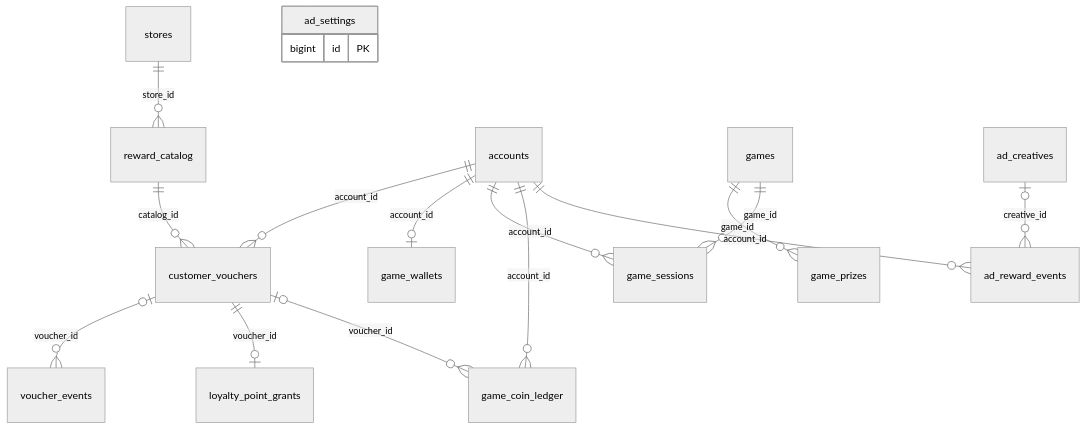
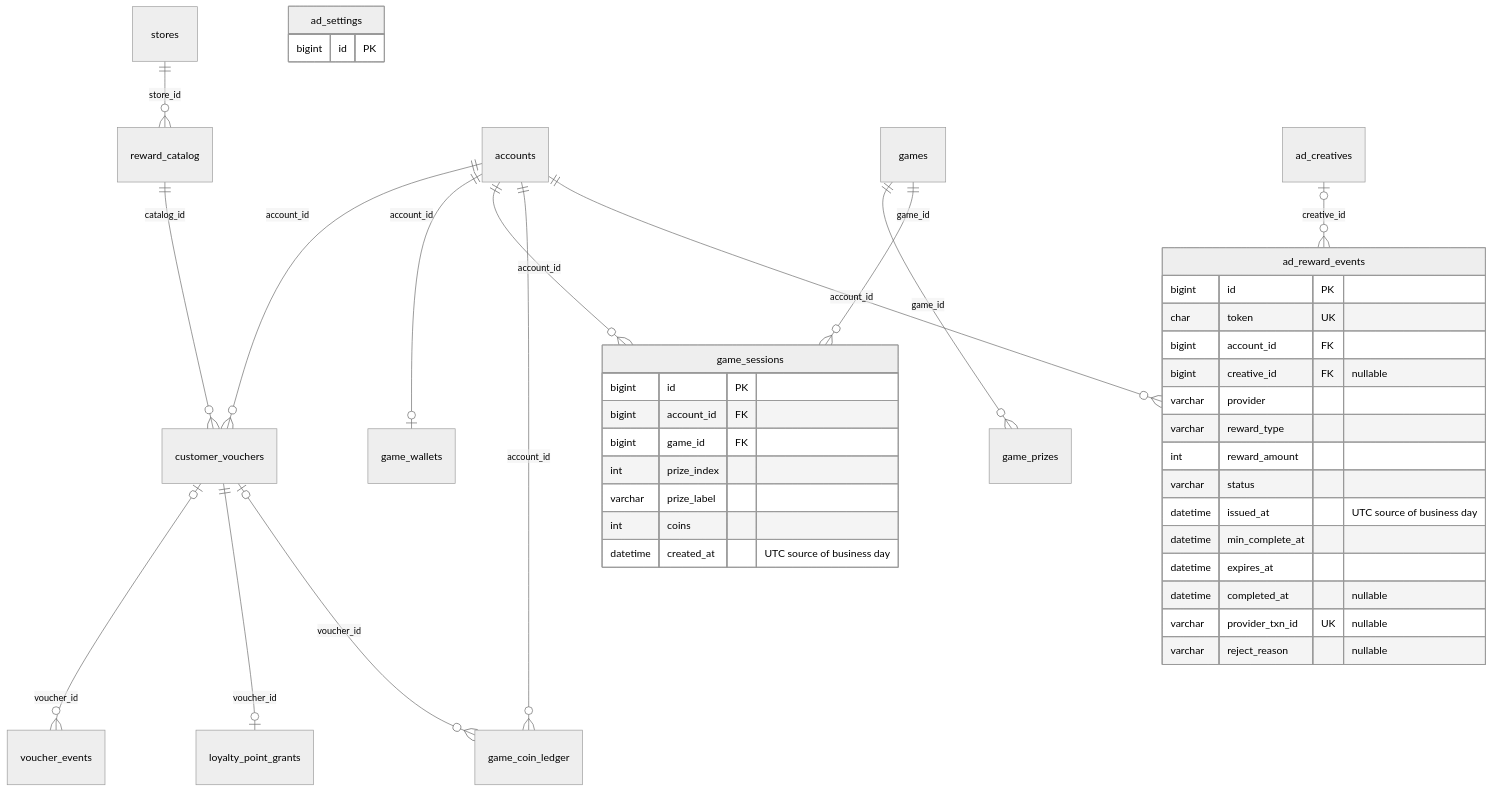
The third of 6 diagrams in docs/diagrams/current_erd.md (hoanganh1601/cyberhub-manager), drawn with Mermaid (neutral theme) before and after one commit. The commit also changed other lines of this file and 25 other files, not shown here.

Commit message:
feat(db): complete strict 3NF migration 031, UML diagrams, and full verification

````diff
--- a/docs/diagrams/current_erd.md
+++ b/docs/diagrams/current_erd.md
@@ -93,19 +93,44 @@
 ```mermaid
 erDiagram
     stores ||--o{ reward_catalog : store_id
     reward_catalog ||--o{ customer_vouchers : catalog_id
     accounts ||--o{ customer_vouchers : account_id
     customer_vouchers o|--o{ voucher_events : voucher_id
     customer_vouchers ||--o| loyalty_point_grants : voucher_id
     games ||--o{ game_prizes : game_id
     games ||--o{ game_sessions : game_id
     accounts ||--o| game_wallets : account_id
     accounts ||--o{ game_sessions : account_id
     accounts ||--o{ game_coin_ledger : account_id
     customer_vouchers o|--o{ game_coin_ledger : voucher_id
     ad_creatives o|--o{ ad_reward_events : creative_id
     accounts ||--o{ ad_reward_events : account_id
+    game_sessions {
+        bigint id PK
+        bigint account_id FK
+        bigint game_id FK
+        int prize_index
+        varchar prize_label
+        int coins
+        datetime created_at "UTC source of business day"
+    }
+    ad_reward_events {
+        bigint id PK
+        char token UK
+        bigint account_id FK
+        bigint creative_id FK "nullable"
+        varchar provider
+        varchar reward_type
+        int reward_amount
+        varchar status
+        datetime issued_at "UTC source of business day"
+        datetime min_complete_at
+        datetime expires_at
+        datetime completed_at "nullable"
+        varchar provider_txn_id UK "nullable"
+        varchar reject_reason "nullable"
+    }
     ad_settings {
         bigint id PK
     }
 ```
````
